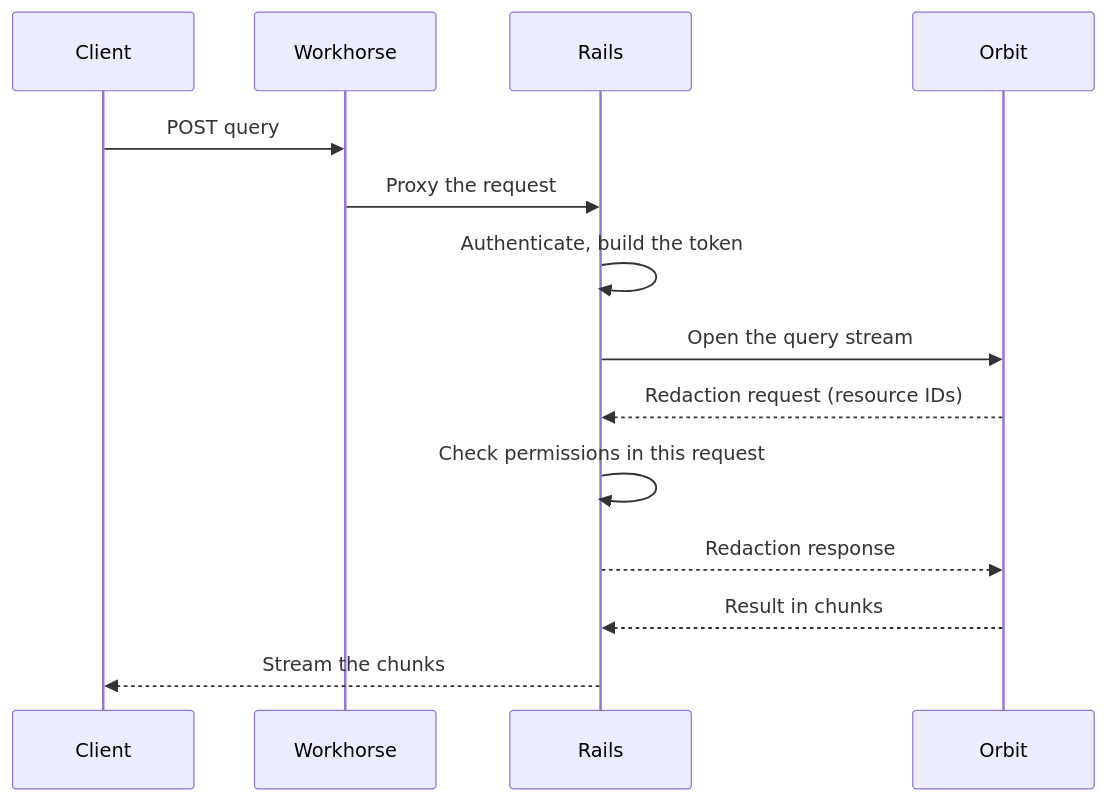
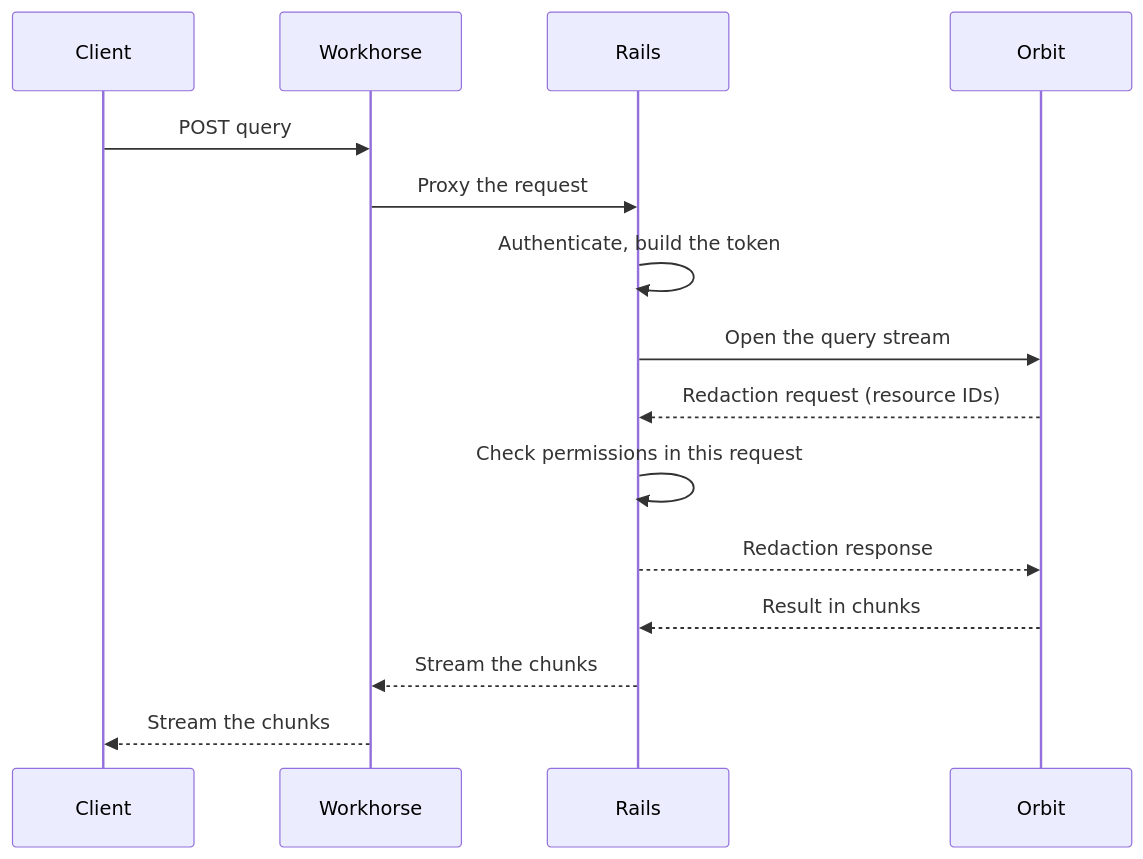
Before and after one commit to gitlabhq/orbit-knowledge-graph: the diagram in docs/pages/engineering/adr/022_queries_in_rails.md, drawn with Mermaid. The commit also changed other lines of this file and 1 other file, not shown here.

````diff
--- a/docs/pages/engineering/adr/022_queries_in_rails.md
+++ b/docs/pages/engineering/adr/022_queries_in_rails.md
@@ -41,18 +41,19 @@
 ```mermaid
 sequenceDiagram
     accTitle: An Orbit query in Rails
-    accDescr: The client sends a query to Rails through Workhorse. Rails authenticates the caller and opens a gRPC stream to Orbit. Orbit asks for redaction, and Rails checks the resources in the same request. Orbit sends the result in chunks, and Rails streams them to the client.
+    accDescr: The client sends a query through Workhorse to Rails. Rails authenticates the caller and opens a gRPC stream to Orbit. Orbit asks for redaction, and Rails checks the resources in the same request. Orbit sends the result in chunks, and Rails streams them back through Workhorse.
     participant C as Client
     participant W as Workhorse
     participant R as Rails
     participant O as Orbit
     C->>W: POST query
     W->>R: Proxy the request
     R->>R: Authenticate, build the token
     R->>O: Open the query stream
     O-->>R: Redaction request (resource IDs)
     R->>R: Check permissions in this request
     R-->>O: Redaction response
     O-->>R: Result in chunks
-    R-->>C: Stream the chunks
+    R-->>W: Stream the chunks
+    W-->>C: Stream the chunks
 ```
````
